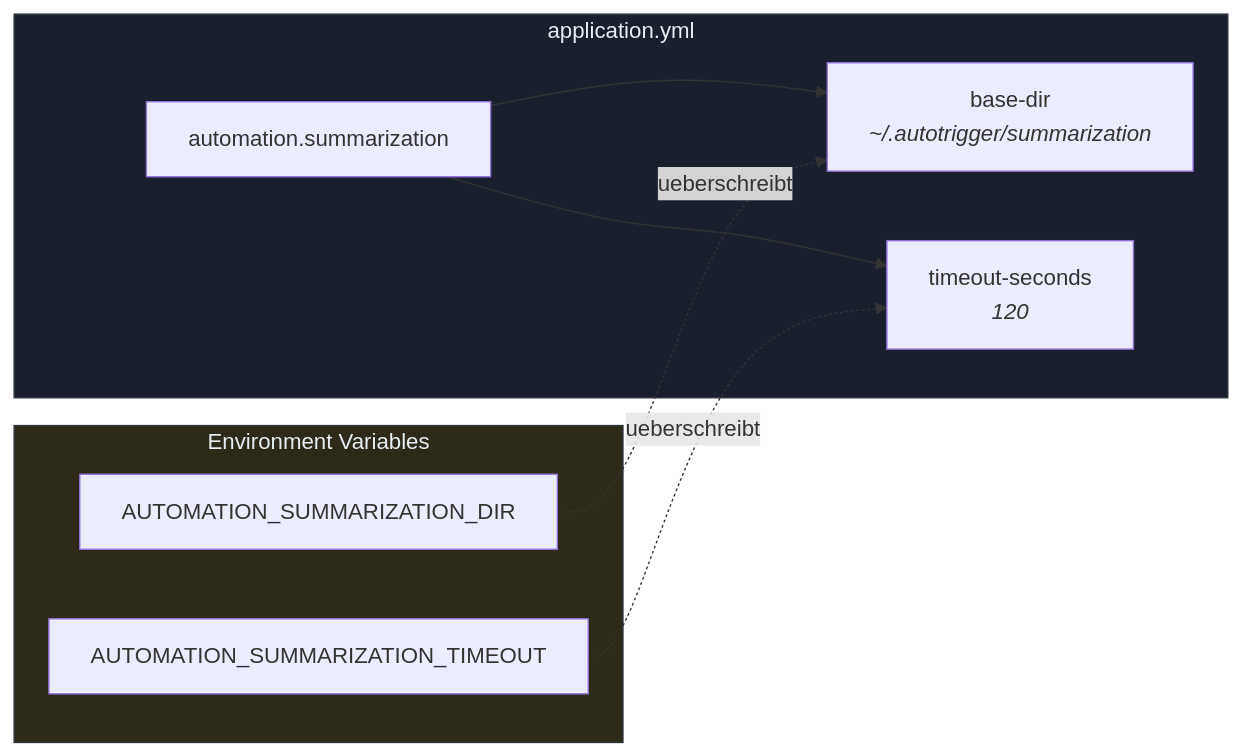
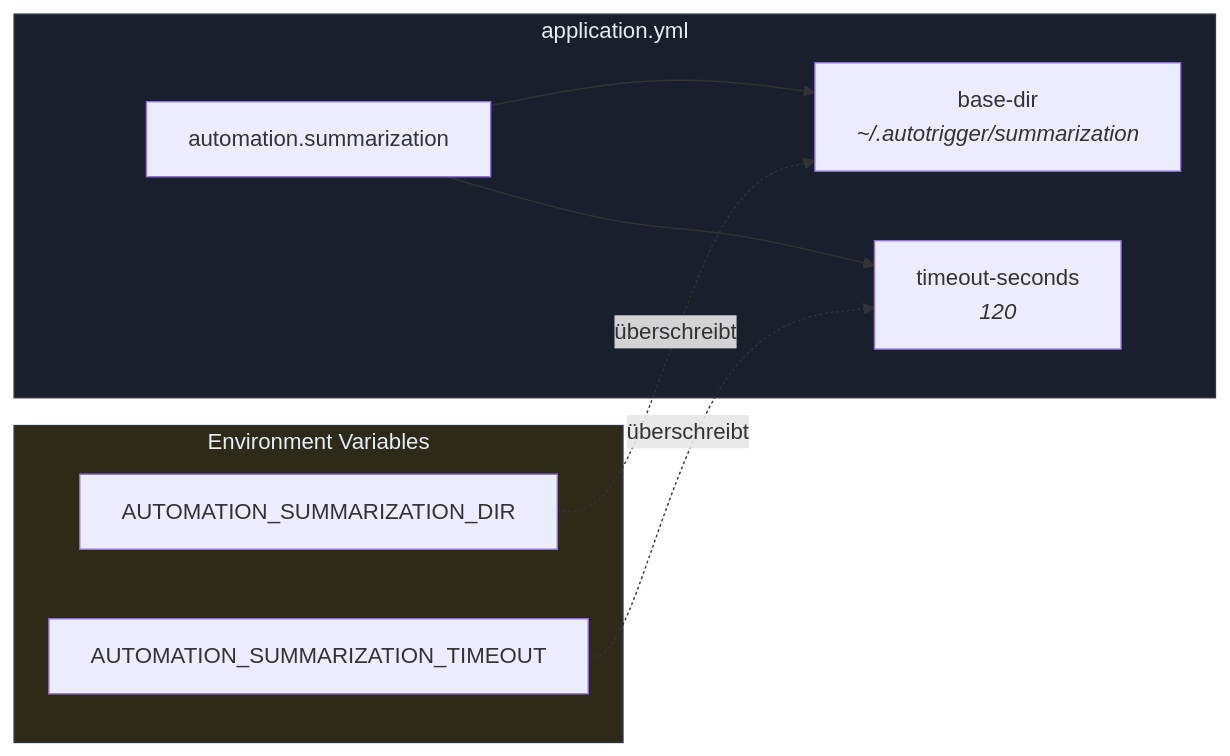
Before and after one commit to FLSEST/MySuricates: the seventh of 7 diagrams in docs/workflow-memory-diagrams.md, drawn with Mermaid. The commit also changed other lines of this file and 4 other files, not shown here.

First line of the commit message:
docs(diagramme): Memory page describes the current state instead of an old refactoring

````diff
--- a/docs/workflow-memory-diagrams.md
+++ b/docs/workflow-memory-diagrams.md
@@ -367,17 +381,17 @@
 ```mermaid
 graph LR
     subgraph YAML["application.yml"]
         S["automation.summarization"]
         S --> BD["base-dir<br/><i>~/.autotrigger/summarization</i>"]
         S --> TO["timeout-seconds<br/><i>120</i>"]
     end
     subgraph ENV["Environment Variables"]
         E1["AUTOMATION_SUMMARIZATION_DIR"]
         E2["AUTOMATION_SUMMARIZATION_TIMEOUT"]
     end
-    E1 -.->|"ueberschreibt"| BD
-    E2 -.->|"ueberschreibt"| TO
+    E1 -.->|"überschreibt"| BD
+    E2 -.->|"überschreibt"| TO
 
     style YAML fill:#1a1f2e,stroke:#30363d,color:#e6edf3
     style ENV fill:#2e2a1a,stroke:#30363d,color:#e6edf3
 ```
````
